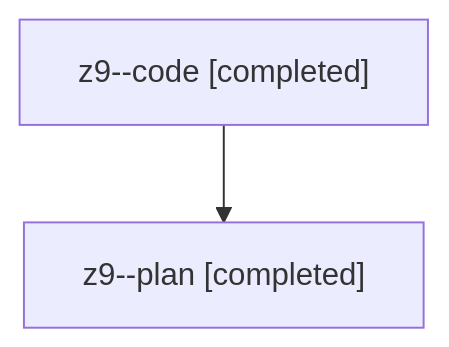
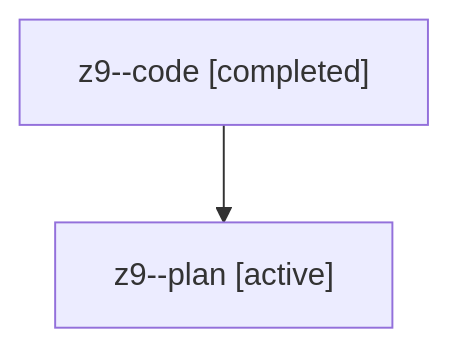
The diagram in families/bbugyi200.athena.z9.md (sase-org/sase--agents), drawn with Mermaid before and after one commit. The commit also changed other lines of this file and 35830 other files, not shown here.

````diff
--- a/families/bbugyi200.athena.z9.md
+++ b/families/bbugyi200.athena.z9.md
@@ -9,6 +9,6 @@
 ```mermaid
 flowchart TD
   n0["z9--code [completed]"]
-  n1["z9--plan [completed]"]
+  n1["z9--plan [active]"]
   n0 --> n1
 ```
````
